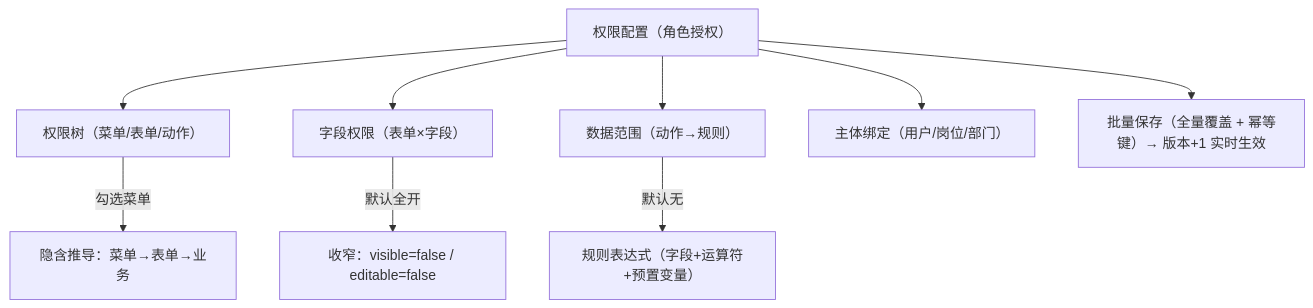
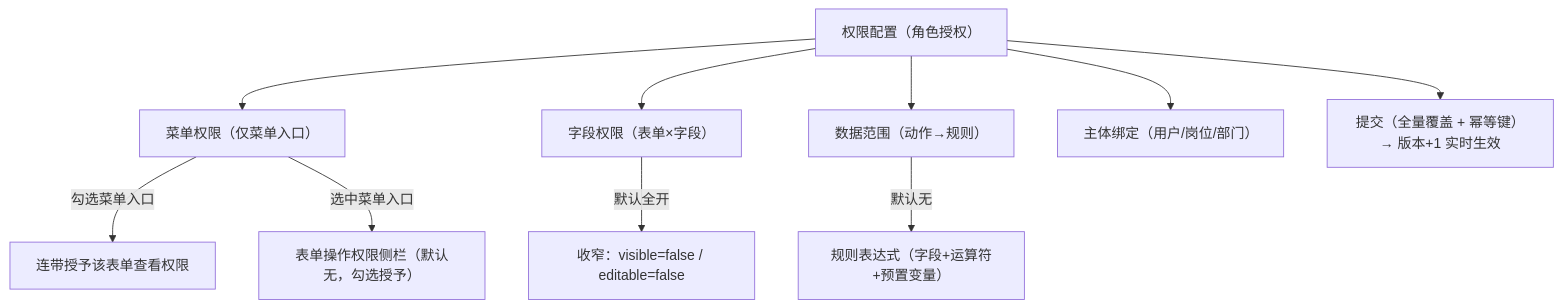
The diagram in bms文档/设计/组件设计/08_交互类/07_组件设计_权限配置/07_组件设计_权限配置.md (minjian123/basic-management-system), drawn with Mermaid before and after one commit. The commit also changed other lines of this file and 7 other files, not shown here.

````diff
--- a/bms文档/设计/组件设计/08_交互类/07_组件设计_权限配置/07_组件设计_权限配置.md
+++ b/bms文档/设计/组件设计/08_交互类/07_组件设计_权限配置/07_组件设计_权限配置.md
@@ -33,11 +34,12 @@
 ```mermaid
 flowchart TD
-    PC["权限配置（角色授权）"] --> T1["权限树（菜单/表单/动作）"]
+    PC["权限配置（角色授权）"] --> T1["菜单权限（仅菜单入口）"]
     PC --> T2["字段权限（表单×字段）"]
     PC --> T3["数据范围（动作→规则）"]
     PC --> T4["主体绑定（用户/岗位/部门）"]
-    T1 -->|勾选菜单| D["隐含推导：菜单→表单→业务"]
+    T1 -->|勾选菜单入口| V["连带授予该表单查看权限"]
+    T1 -->|选中菜单入口| OP["表单操作权限侧栏（默认无，勾选授予）"]
     T2 -->|默认全开| C["收窄：visible=false / editable=false"]
     T3 -->|默认无| DS["规则表达式（字段+运算符+预置变量）"]
-    PC --> SV["批量保存（全量覆盖 + 幂等键）→ 版本+1 实时生效"]
+    PC --> SV["提交（全量覆盖 + 幂等键）→ 版本+1 实时生效"]
 ```
````
